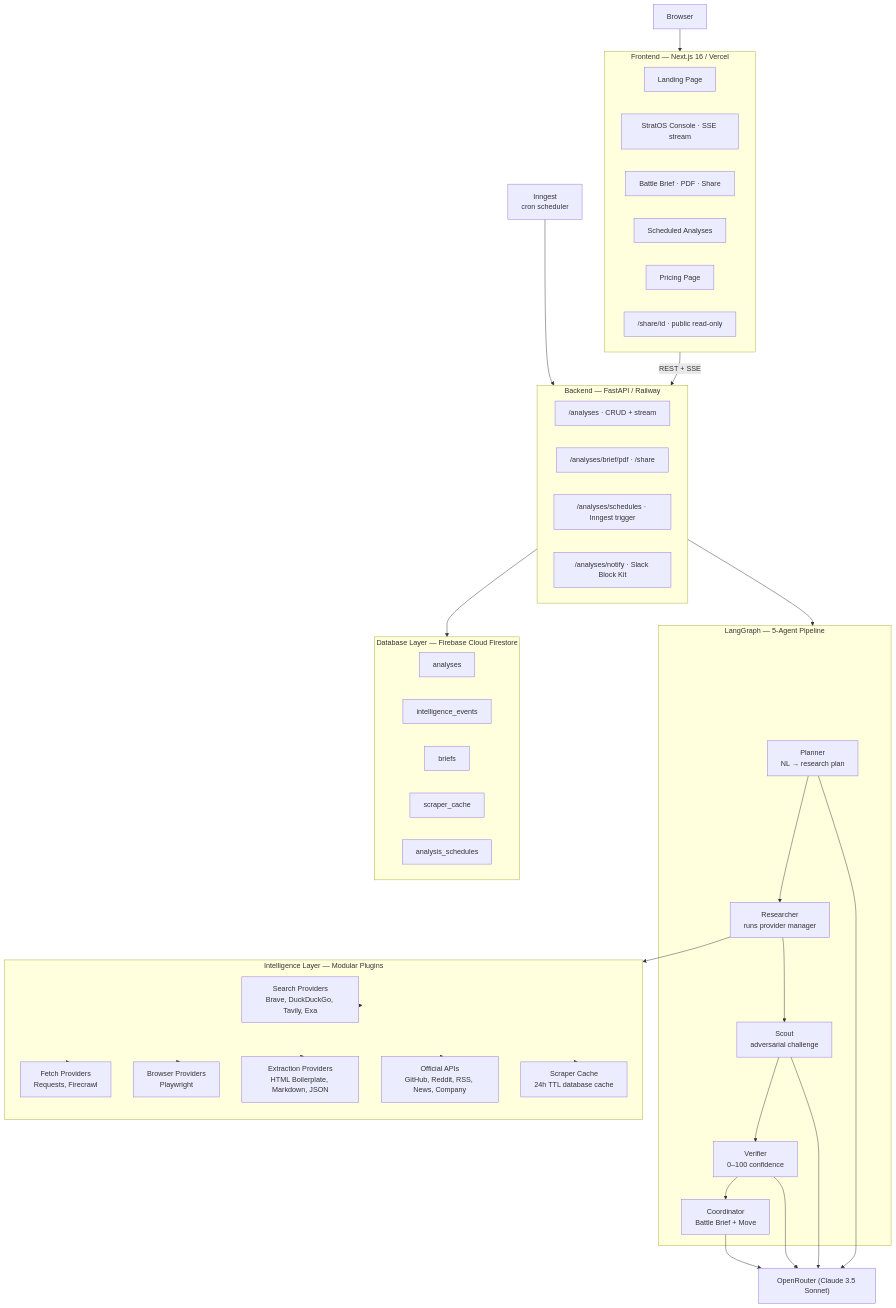
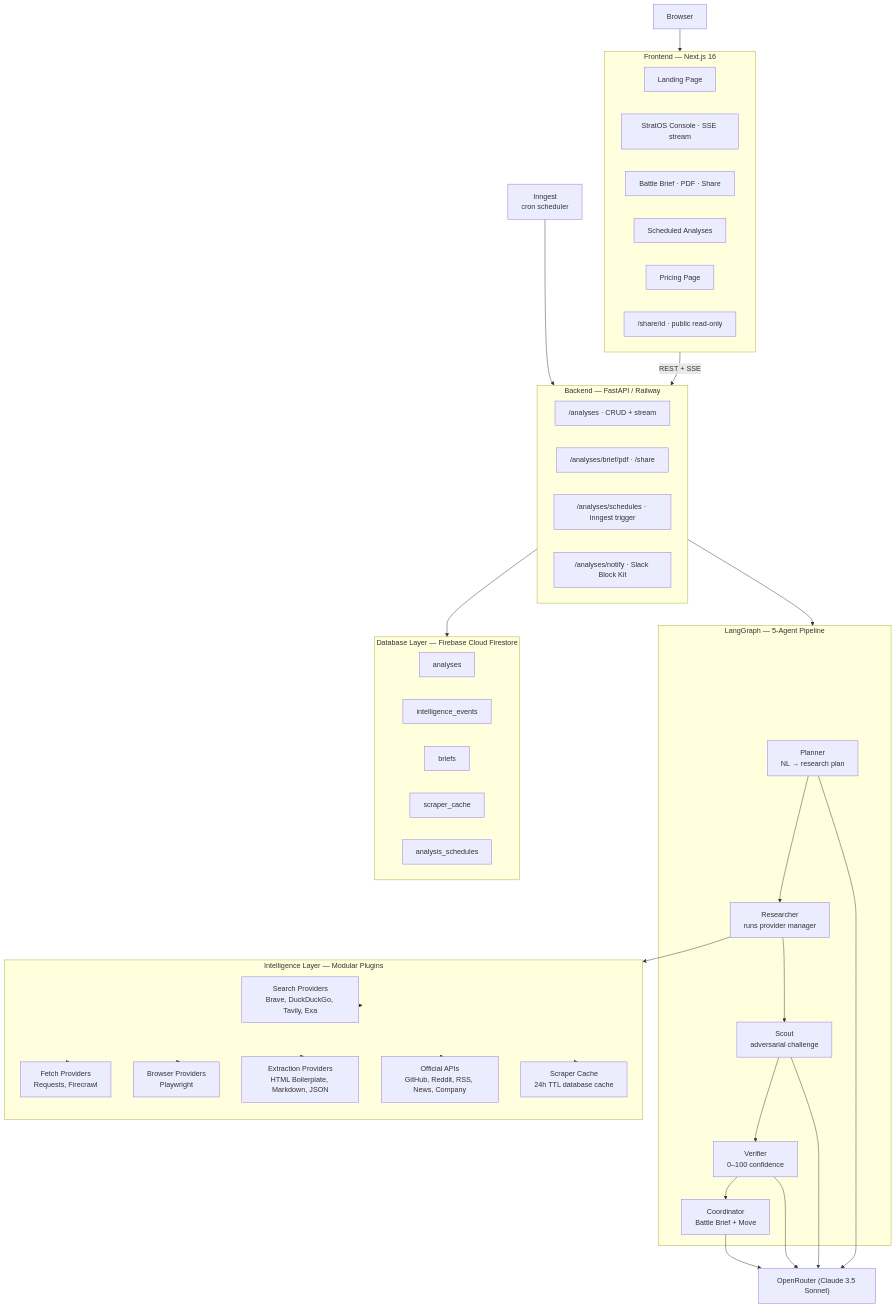
The diagram in docs/architecture/ARCHITECTURE.md (pranav-bhagath19/StratOS-AI), drawn with Mermaid before and after one commit. The commit also changed other lines of this file and 8 other files, not shown here.

````diff
--- a/docs/architecture/ARCHITECTURE.md
+++ b/docs/architecture/ARCHITECTURE.md
@@ -5,63 +5,63 @@
 ```mermaid
 flowchart TD
     User["Browser"] --> Web
 
-    subgraph Web["Frontend — Next.js 16 / Vercel"]
+    subgraph Web["Frontend — Next.js 16"]
         Landing["Landing Page"]
         Console["StratOS Console · SSE stream"]
         Brief["Battle Brief · PDF · Share"]
         Schedules["Scheduled Analyses"]
         Pricing["Pricing Page"]
         SharePage["/share/id · public read-only"]
     end
 
     Web -- "REST + SSE" --> API
 
     subgraph API["Backend — FastAPI / Railway"]
         AnalysesR["/analyses · CRUD + stream"]
         BriefsR["/analyses/brief/pdf · /share"]
         SchedulesR["/analyses/schedules · Inngest trigger"]
         NotifyR["/analyses/notify · Slack Block Kit"]
     end
 
     API --> Graph
 
     subgraph Graph["LangGraph — 5-Agent Pipeline"]
         P["Planner<br/>NL → research plan"]
         R["Researcher<br/>runs provider manager"]
         Sk["Scout<br/>adversarial challenge"]
         V["Verifier<br/>0–100 confidence"]
         C["Coordinator<br/>Battle Brief + Move"]
         P --> R --> Sk --> V --> C
     end
 
     subgraph IL["Intelligence Layer — Modular Plugins"]
         direction TB
         SP["Search Providers<br/>Brave, DuckDuckGo, Tavily, Exa"]
         FP["Fetch Providers<br/>Requests, Firecrawl"]
         BP["Browser Providers<br/>Playwright"]
         EX["Extraction Providers<br/>HTML Boilerplate, Markdown, JSON"]
         APIs["Official APIs<br/>GitHub, Reddit, RSS, News, Company"]
         Cache["Scraper Cache<br/>24h TTL database cache"]
     end
 
     R --> IL
     IL --> SP & FP & BP & EX & APIs & Cache
 
     LLM["OpenRouter (Claude 3.5 Sonnet)"]
     P --> LLM
     Sk --> LLM
     V --> LLM
     C --> LLM
 
     subgraph DB["Database Layer — Firebase Cloud Firestore"]
         Analyses["analyses"]
         Events["intelligence_events"]
         Briefs["briefs"]
         CacheDB["scraper_cache"]
         Sched["analysis_schedules"]
     end
 
     API --> DB
     Inngest["Inngest<br/>cron scheduler"] --> API
 ```
````
